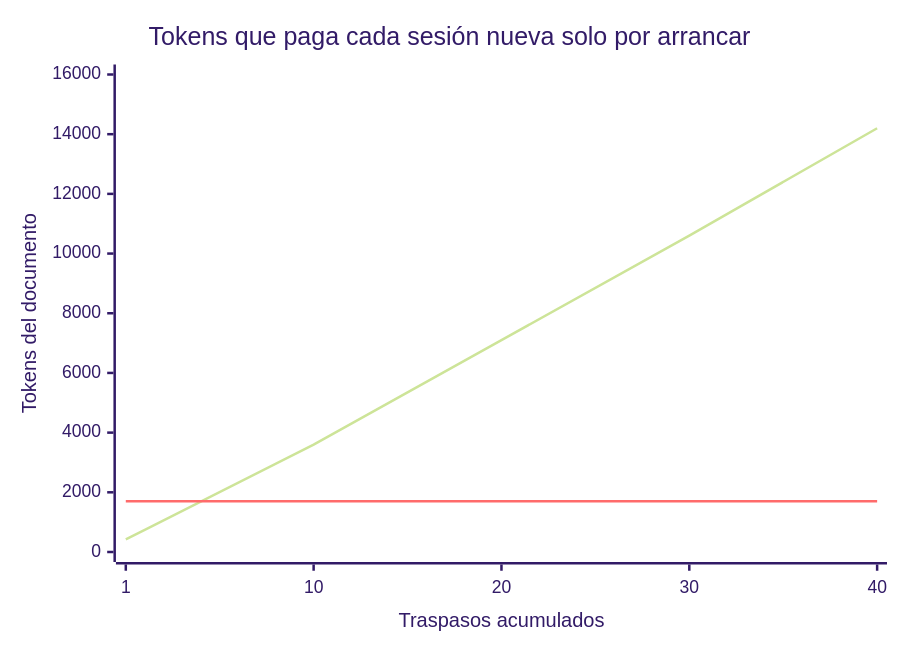
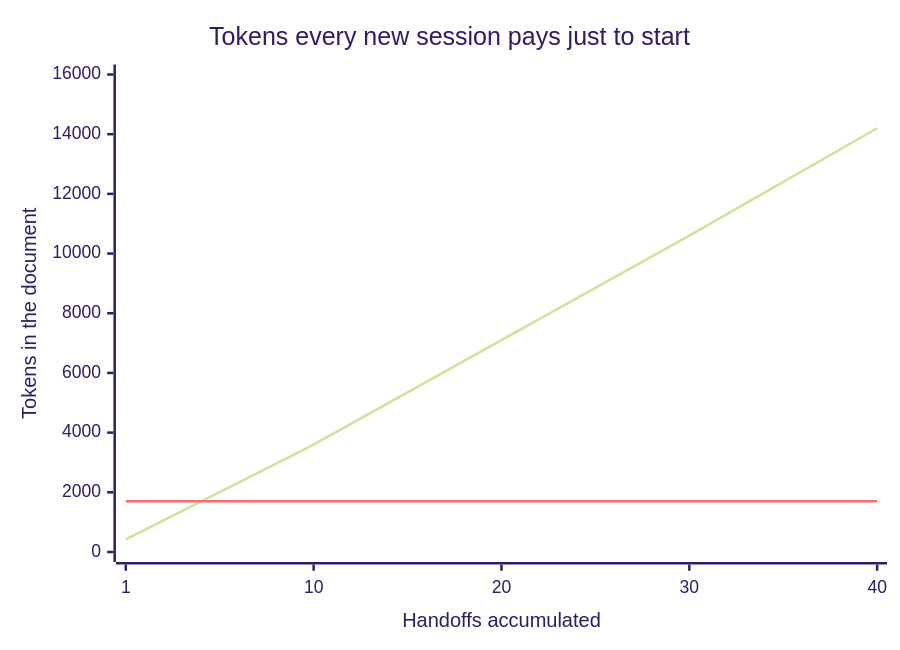
Before and after one commit to mrshelll/baton: the first of 6 diagrams in README.md, drawn with Mermaid (forest theme). The commit also changed other lines of this file and 50 other files, not shown here.

First line of the commit message:
feat!: inglés como idioma del proyecto, con `language` para lo que se lee

````diff
--- a/README.md
+++ b/README.md
@@ -17,8 +19,8 @@
 ```mermaid
 xychart-beta
-    title "Tokens que paga cada sesión nueva solo por arrancar"
-    x-axis "Traspasos acumulados" [1, 10, 20, 30, 40]
-    y-axis "Tokens del documento" 0 --> 16000
-    line "Un documento que acumula" [420, 3600, 7100, 10600, 14200]
-    line "baton (tope duro)" [1700, 1700, 1700, 1700, 1700]
+    title "Tokens every new session pays just to start"
+    x-axis "Handoffs accumulated" [1, 10, 20, 30, 40]
+    y-axis "Tokens in the document" 0 --> 16000
+    line "A document that accumulates" [420, 3600, 7100, 10600, 14200]
+    line "baton (hard cap)" [1700, 1700, 1700, 1700, 1700]
 ```
````
